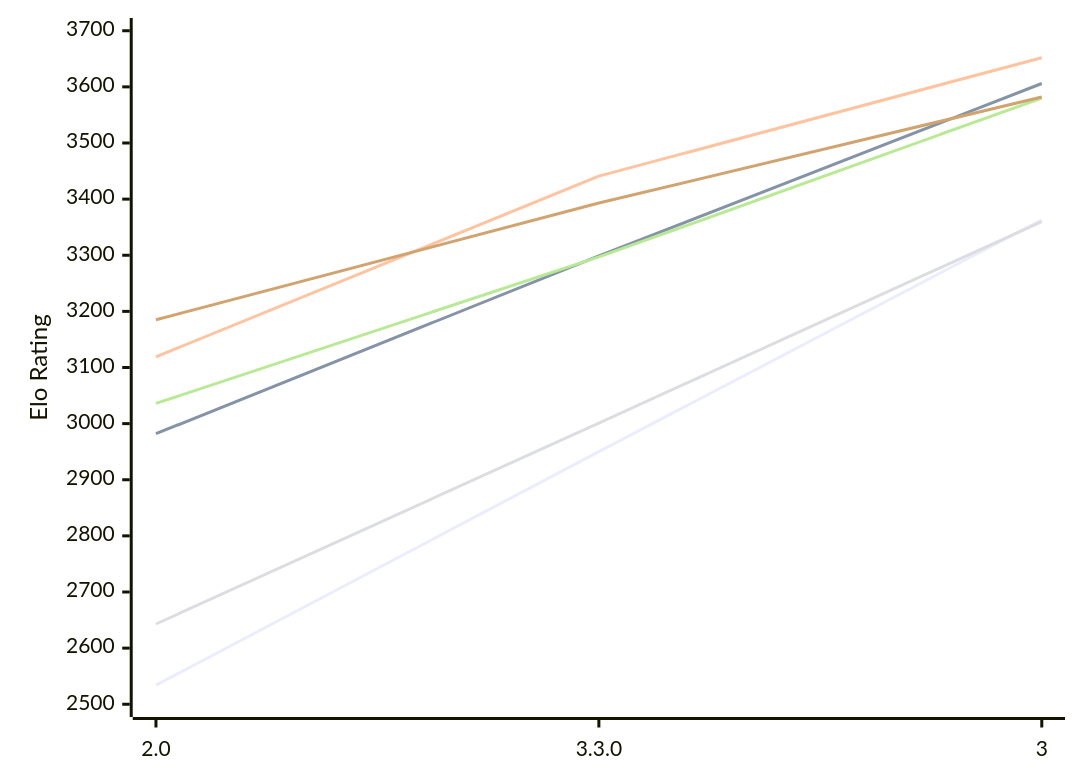
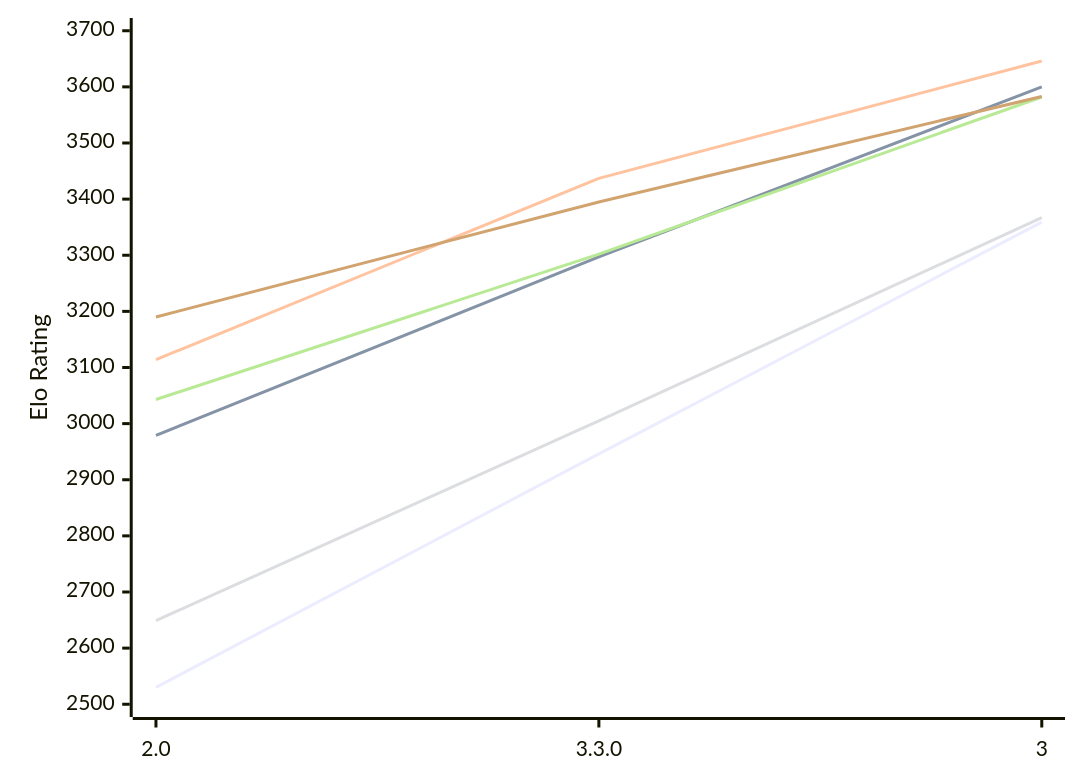
One commit to computer-chess-index/cci changed the diagram in engines/Ravager.md. Above: the diagram before and after it, drawn with Mermaid. The commit also changed other lines of this file, not shown here.

Commit message:
Update CCI Ratings (ELO VLTC) - 2026-11-21

````diff
--- a/engines/Ravager.md
+++ b/engines/Ravager.md
@@ -51,12 +51,12 @@
 ```mermaid
 %%{init: {"theme":"base","themeVariables":{"seriesColors:['#a3a3a3','#222221','#faa371']}}}%%
 xychart-beta
   x-axis ["2.0", "3.3.0", "3"]
   y-axis "Elo Rating" 2500 --> 3700
-  line "E1: STC (8.0+0.08s)" [2534, 2950, 3363]
-  line "E1: LTC (60.0+0.60s)" [2982, 3299, 3606]
-  line "E1: VLTC (2m24s+1.12s)" [3119, 3441, 3652]
-  line "P1: STC (8.0+0.08s)" [2643, 3001, 3360]
-  line "P1: LTC (60.0+0.60s)" [3036, 3297, 3580]
-  line "P1: VLTC (2m24s+1.12s)" [3185, 3393, 3582]
+  line "E1: STC (8.0+0.08s)" [2530, 2946, 3359]
+  line "E1: LTC (60.0+0.60s)" [2979, 3297, 3600]
+  line "E1: VLTC (2m24s+1.12s)" [3114, 3437, 3646]
+  line "P1: STC (8.0+0.08s)" [2649, 3005, 3367]
+  line "P1: LTC (60.0+0.60s)" [3043, 3302, 3582]
+  line "P1: VLTC (2m24s+1.12s)" [3190, 3395, 3583]
 ```
````
